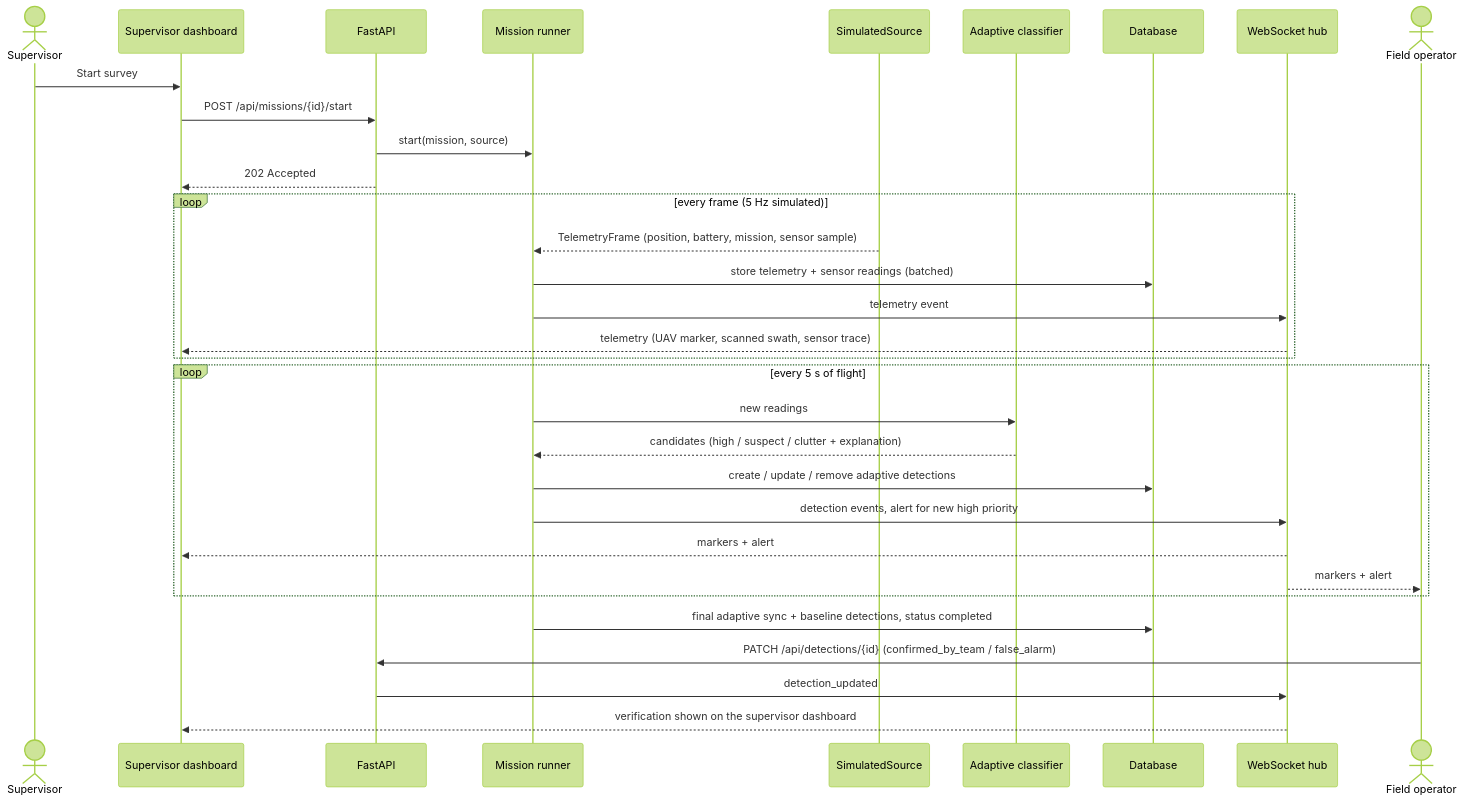
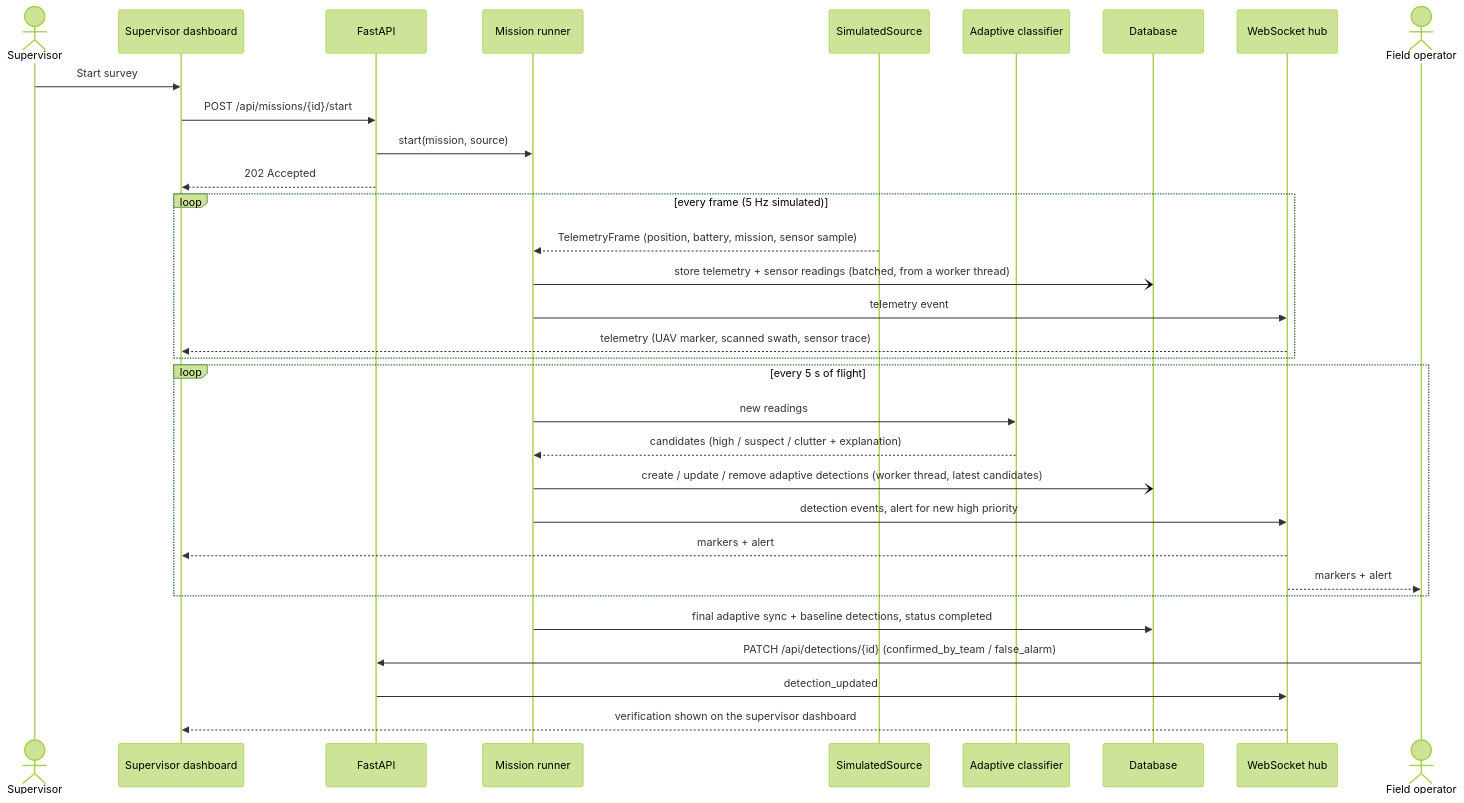
The second of 4 diagrams in docs/ARCHITECTURE.md (Mnsour-Aldossari/gradProjectPrototype), drawn with Mermaid (forest theme) before and after one commit. The commit also changed other lines of this file and 1 other file, not shown here.

Commit message:
Docs: a hosted PostgreSQL (Neon), and the runner's worker thread
README: how to point the backend at Neon from cmd (postgresql+psycopg://,
sslmode, the quotes needed around an address with &), the password in the
connection string, what 93 ms per round trip means for pages and flights
(measured before and after the fix), and the check of idle connections. The
status table says Neon was used and the fix not yet tried again on it. Test
counts: 197 passed, 2 skipped, 2 xfailed (PostgreSQL: 199 passed).
ARCHITECTURE: the runner writes from a worker thread.

````diff
--- a/docs/ARCHITECTURE.md
+++ b/docs/ARCHITECTURE.md
@@ -96,35 +97,35 @@
 ```mermaid
 sequenceDiagram
     actor Supervisor
     participant Web as Supervisor dashboard
     participant API as FastAPI
     participant Runner as Mission runner
     participant Source as SimulatedSource
     participant Engine as Adaptive classifier
     participant DB as Database
     participant Hub as WebSocket hub
     actor Field as Field operator
 
     Supervisor->>Web: Start survey
     Web->>API: POST /api/missions/{id}/start
     API->>Runner: start(mission, source)
     API-->>Web: 202 Accepted
     loop every frame (5 Hz simulated)
         Source-->>Runner: TelemetryFrame (position, battery, mission, sensor sample)
-        Runner->>DB: store telemetry + sensor readings (batched)
+        Runner-)DB: store telemetry + sensor readings (batched, from a worker thread)
         Runner->>Hub: telemetry event
         Hub-->>Web: telemetry (UAV marker, scanned swath, sensor trace)
     end
     loop every 5 s of flight
         Runner->>Engine: new readings
         Engine-->>Runner: candidates (high / suspect / clutter + explanation)
-        Runner->>DB: create / update / remove adaptive detections
+        Runner-)DB: create / update / remove adaptive detections (worker thread, latest candidates)
         Runner->>Hub: detection events, alert for new high priority
         Hub-->>Web: markers + alert
         Hub-->>Field: markers + alert
     end
     Runner->>DB: final adaptive sync + baseline detections, status completed
     Field->>API: PATCH /api/detections/{id} (confirmed_by_team / false_alarm)
     API->>Hub: detection_updated
     Hub-->>Web: verification shown on the supervisor dashboard
 ```
````
